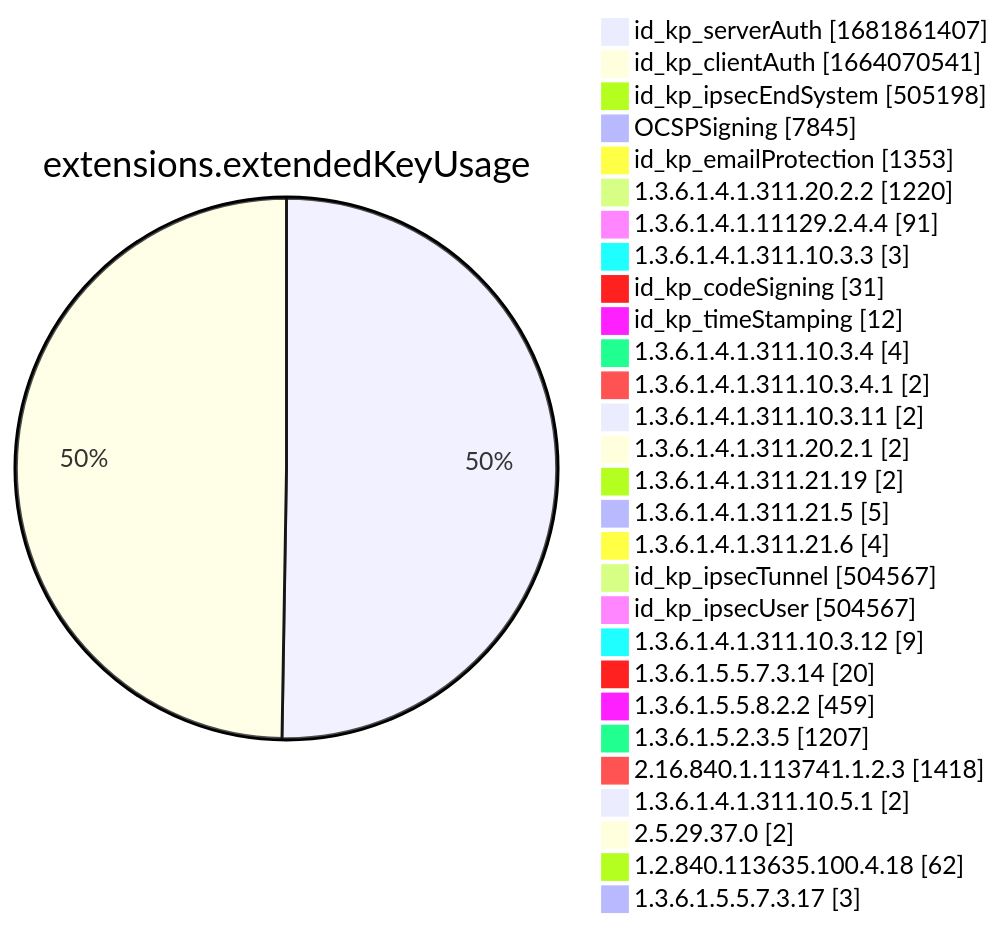
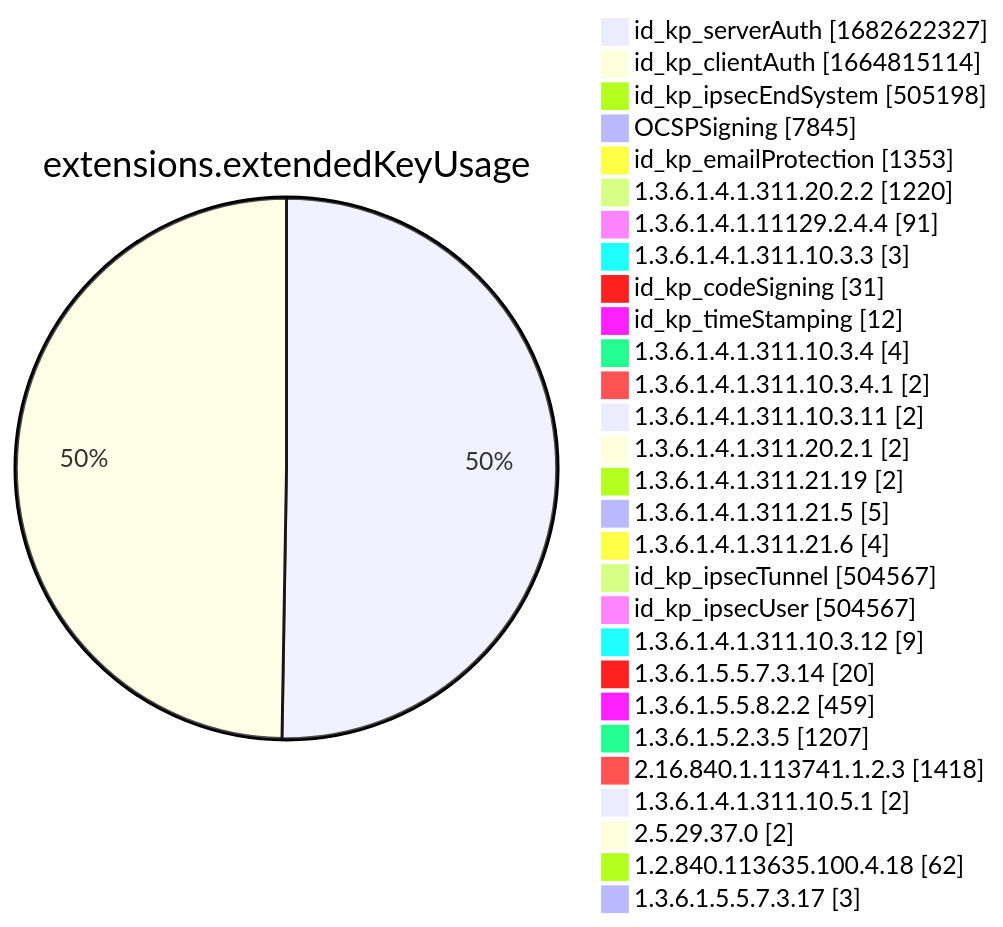
Diagram 12 of 15 in xenon2022/README.md (christiankrug/ctmonitor_visualization), drawn with Mermaid before and after one commit. The commit also changed other lines of this file, not shown here.

````diff
--- a/xenon2022/README.md
+++ b/xenon2022/README.md
@@ -3888,32 +3888,32 @@
 ```mermaid
 pie showData
 title extensions.extendedKeyUsage
-"id_kp_serverAuth" :1681861407
-"id_kp_clientAuth" :1664070541
+"id_kp_serverAuth" :1682622327
+"id_kp_clientAuth" :1664815114
 "id_kp_ipsecEndSystem" :505198
 "OCSPSigning" :7845
 "id_kp_emailProtection" :1353
 "1.3.6.1.4.1.311.20.2.2" :1220
 "1.3.6.1.4.1.11129.2.4.4" :91
 "1.3.6.1.4.1.311.10.3.3" :3
 "id_kp_codeSigning" :31
 "id_kp_timeStamping" :12
 "1.3.6.1.4.1.311.10.3.4" :4
 "1.3.6.1.4.1.311.10.3.4.1" :2
 "1.3.6.1.4.1.311.10.3.11" :2
 "1.3.6.1.4.1.311.20.2.1" :2
 "1.3.6.1.4.1.311.21.19" :2
 "1.3.6.1.4.1.311.21.5" :5
 "1.3.6.1.4.1.311.21.6" :4
 "id_kp_ipsecTunnel" :504567
 "id_kp_ipsecUser" :504567
 "1.3.6.1.4.1.311.10.3.12" :9
 "1.3.6.1.5.5.7.3.14" :20
 "1.3.6.1.5.5.8.2.2" :459
 "1.3.6.1.5.2.3.5" :1207
 "2.16.840.1.113741.1.2.3" :1418
 "1.3.6.1.4.1.311.10.5.1" :2
 "2.5.29.37.0" :2
 "1.2.840.113635.100.4.18" :62
 "1.3.6.1.5.5.7.3.17" :3
 ```
````
